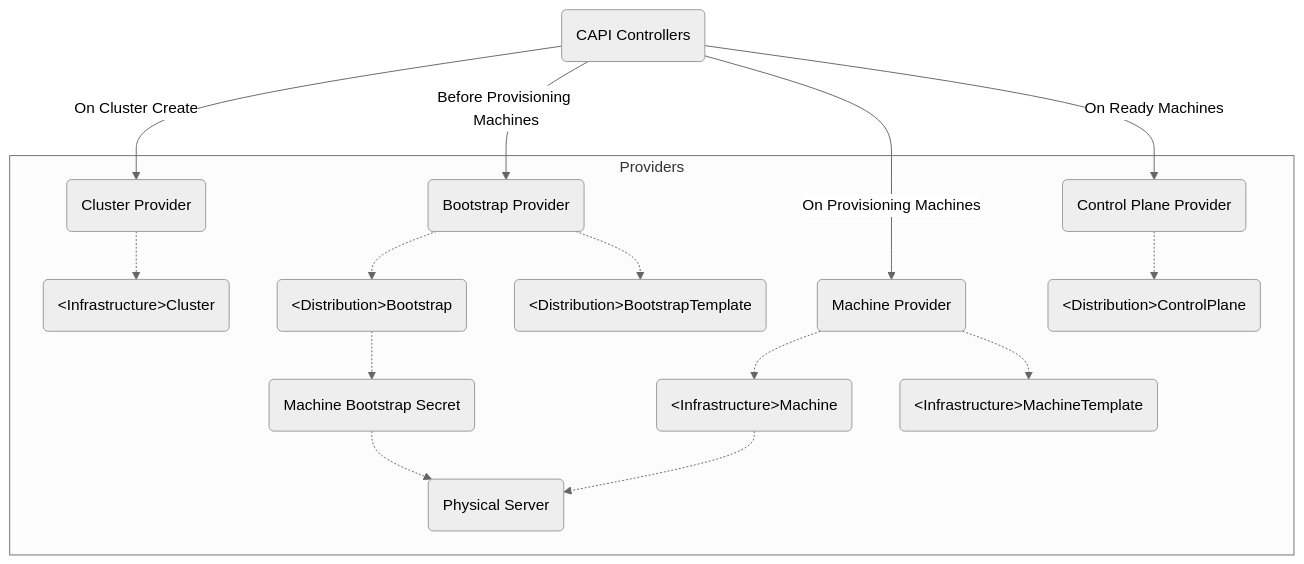
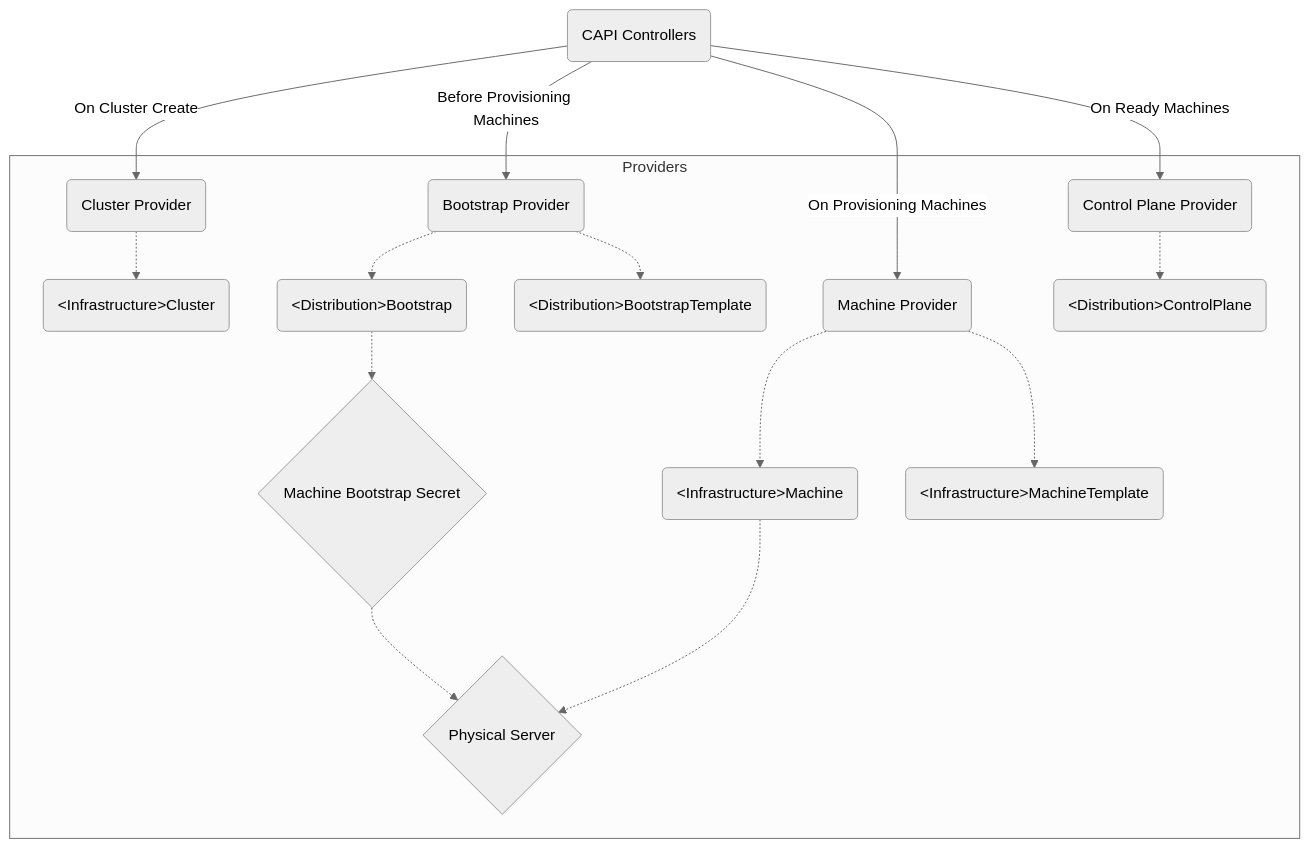
The second of 2 diagrams in docs/provisioning/00_capi.md (aiyengar2/k8s-docs), drawn with Mermaid (neutral theme) before and after one commit.

````diff
--- a/docs/provisioning/00_capi.md
+++ b/docs/provisioning/00_capi.md
@@ -77,35 +77,35 @@
 ```mermaid
 graph TD
     CAPIControllers("CAPI Controllers")
     subgraph Providers
     ClusterProvider("Cluster Provider")
     BootstrapProvider("Bootstrap Provider")
     MachineProvider("Machine Provider")
     ControlPlaneProvider("Control Plane Provider")
 
     InfrastructureCluster("&ltInfrastructure&gtCluster")
     DistributionBootstrap("&ltDistribution&gtBootstrap")
     DistributionBootstrapTemplate("&ltDistribution&gtBootstrapTemplate")
     InfrastructureMachine("&ltInfrastructure&gtMachine")
     InfrastructureMachineTemplate("&ltInfrastructure&gtMachineTemplate")
     DistributionControlPlane("&ltDistribution&gtControlPlane")
 
-    PhysicalServer("Physical Server")
-    MachineBootstrapSecret("Machine Bootstrap Secret")
+    PhysicalServer{"Physical Server"}
+    MachineBootstrapSecret{"Machine Bootstrap Secret"}
     end
 
     CAPIControllers--On Cluster Create-->ClusterProvider
     CAPIControllers--Before Provisioning Machines-->BootstrapProvider
     CAPIControllers--On Provisioning Machines-->MachineProvider
     CAPIControllers--On Ready Machines-->ControlPlaneProvider
     
     ClusterProvider-.->InfrastructureCluster
     BootstrapProvider-.->DistributionBootstrap
     BootstrapProvider-.->DistributionBootstrapTemplate
     DistributionBootstrap-.->MachineBootstrapSecret
     MachineBootstrapSecret-.->PhysicalServer
     MachineProvider-.->InfrastructureMachine
     InfrastructureMachine-.->PhysicalServer
     MachineProvider-.->InfrastructureMachineTemplate
     ControlPlaneProvider-.->DistributionControlPlane
 ```
````
